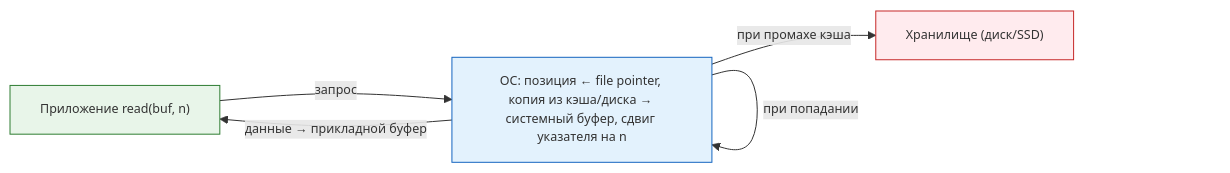
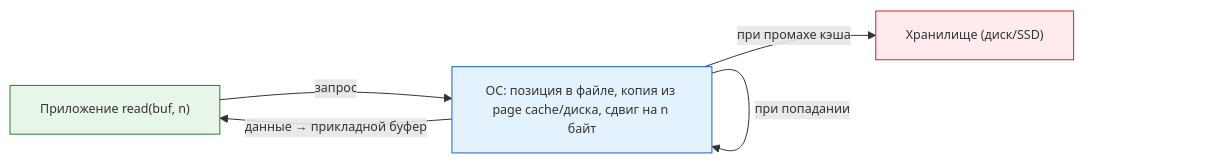
One commit to Spirzen/it-knowledge-base changed the first of 3 diagrams in docs/encyclopedia/1-basics/1-10-bazovye-operatsii-s-dannymi/2.md. Above: the diagram before and after it, drawn with Mermaid. The commit also changed other lines of this file and 1180 other files, not shown here.

````diff
--- a/docs/encyclopedia/1-basics/1-10-bazovye-operatsii-s-dannymi/2.md
+++ b/docs/encyclopedia/1-basics/1-10-bazovye-operatsii-s-dannymi/2.md
@@ -116,20 +133,20 @@
 ```mermaid
 %%{init: {"theme":"default", "themeVariables": {"fontSize":"12.5px"}}}%%
 flowchart LR
     classDef app fill:#e8f5e9,stroke:#2e7d32;
     classDef os fill:#e3f2fd,stroke:#1565c0;
     classDef storage fill:#ffebee,stroke:#c62828;
 
     A["Приложение read(buf, n)"]:::app
-    O["ОС: позиция ← file pointer, копия из кэша/диска → системный буфер, сдвиг указателя на n"]:::os
+    O["ОС: позиция в файле, копия из page cache/диска, сдвиг на n байт"]:::os
     S["Хранилище (диск/SSD)"]:::storage
 
     A -->|запрос| O
     O -->|при промахе кэша| S
     O -->|при попадании| O
     O -->|данные → прикладной буфер| A
 
     style A fontSize:12px
     style O fontSize:11.5px
     style S fontSize:12px
 ```
````
